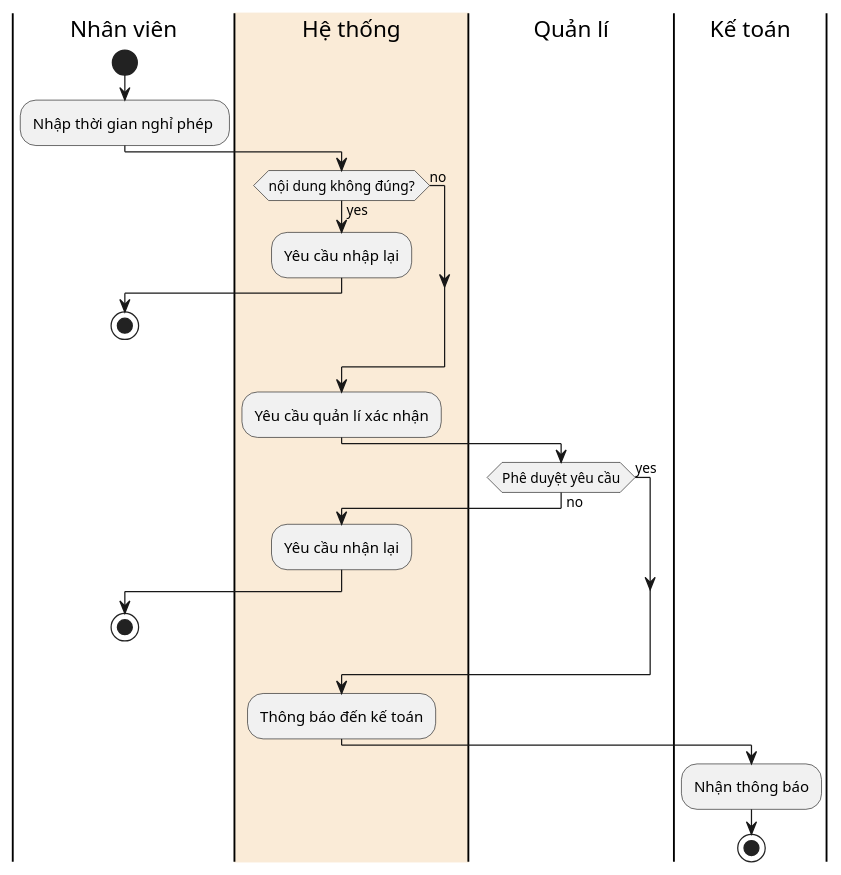
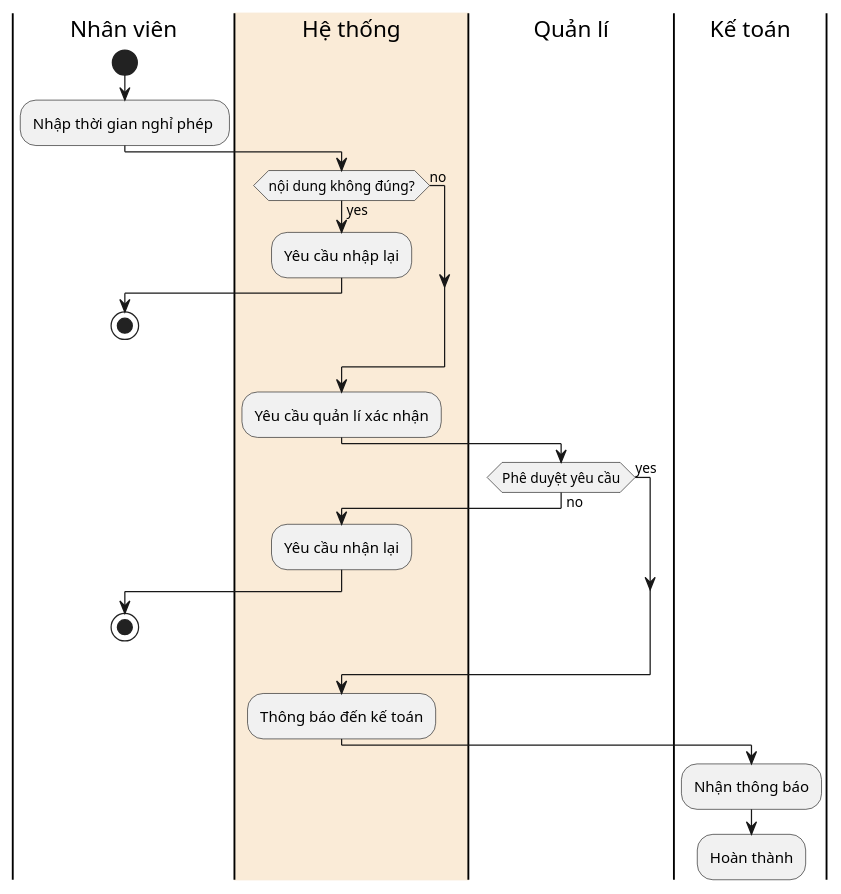
One commit to oximenvn/Working-Time-Management changed the diagram in WorkFlow_02_Dang_ki_nghi_phep.puml. Above: the diagram before and after it, drawn with PlantUML. The commit also changed 2 other files, not shown here.

```diff
--- a/WorkFlow_02_Dang_ki_nghi_phep.puml
+++ b/WorkFlow_02_Dang_ki_nghi_phep.puml
@@ -2,27 +2,27 @@
 @startuml
 |Nhân viên|
 start
 :Nhập thời gian nghỉ phép ;
 |#AntiqueWhite|Hệ thống|
 if(nội dung không đúng?) then (yes)
     :Yêu cầu nhập lại;
     |Nhân viên|
     stop
 else (no)
 endif
 |Hệ thống|
 :Yêu cầu quản lí xác nhận;
 |Quản lí|
 if(Phê duyệt yêu cầu) then (no)
     |Hệ thống|
     :Yêu cầu nhận lại;
     |Nhân viên|
     stop
 else (yes)
 endif
 |Hệ thống|
 :Thông báo đến kế toán;
 |Kế toán|
 :Nhận thông báo;
-stop
+:Hoàn thành;
 @enduml
```
